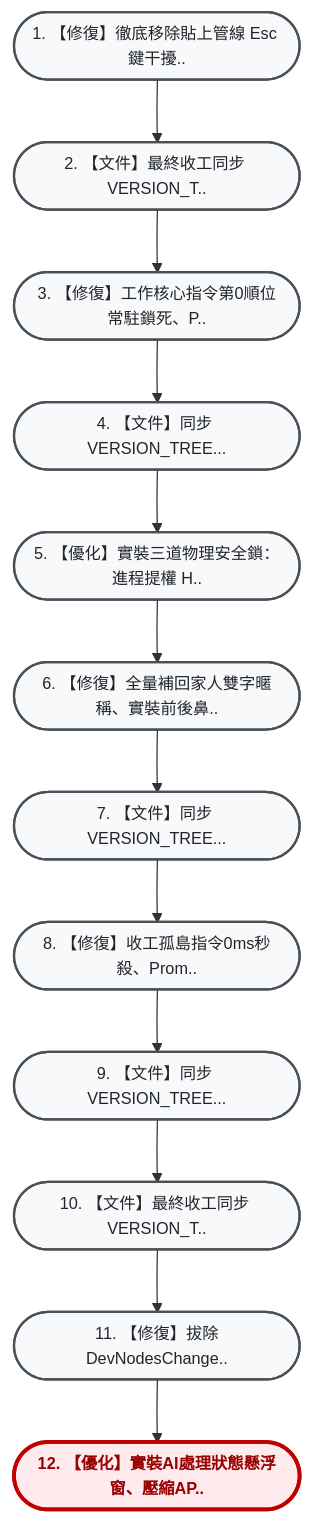
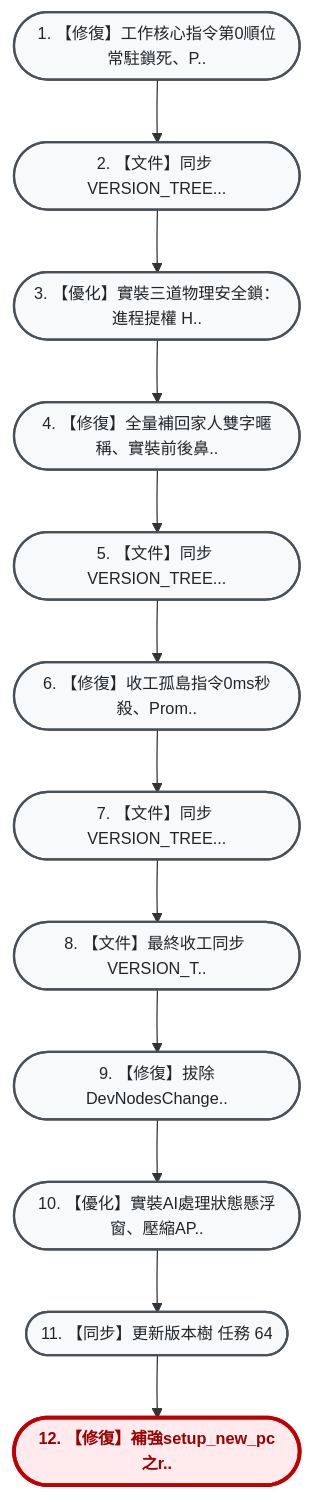
One commit to hjen8/NoType-Scribe changed the diagram in VERSION_TREE.md. Above: the diagram before and after it, drawn with Mermaid. The commit also changed other lines of this file, not shown here.

Commit message:
【文件】最終收工同步 VERSION_TREE (Task 63, 64)

````diff
--- a/VERSION_TREE.md
+++ b/VERSION_TREE.md
@@ -13,32 +13,32 @@
 ```mermaid
 flowchart TD
     %% 雙壁版本樹專用視覺化配色風格 (由上而下 TD 垂直大字純中文版)
     classDef default fill:#f8f9fa,stroke:#495057,stroke-width:1.8px,color:#212529,font-size:13px;
     classDef current fill:#ffebee,stroke:#c00000,stroke-width:3px,color:#900,font-weight:bold,font-size:13px;
     classDef mergeNode fill:#e3f2fd,stroke:#1565c0,stroke-width:2px,color:#0d47a1,font-size:13px;
     classDef detour fill:#fff3e0,stroke:#e65100,stroke-width:2px,color:#b78103,font-size:13px;
     classDef transplant fill:#f3e5f5,stroke:#4a148c,stroke-width:2.5px,color:#4a148c,font-weight:bold,font-size:13px;
-    n_3fd94e8(["1. 【修復】徹底移除貼上管線 Esc 鍵干擾.."]):::default
-    n_796160e(["2. 【文件】最終收工同步 VERSION_T.."]):::default
-    n_01556eb(["3. 【修復】工作核心指令第0順位常駐鎖死、P.."]):::default
-    n_de0f9ca(["4. 【文件】同步 VERSION_TREE..."]):::default
-    n_0998c9e(["5. 【優化】實裝三道物理安全鎖：進程提權 H.."]):::default
-    n_c88210e(["6. 【修復】全量補回家人雙字暱稱、實裝前後鼻.."]):::default
-    n_534b345(["7. 【文件】同步 VERSION_TREE..."]):::default
-    n_c39c580(["8. 【修復】收工孤島指令0ms秒殺、Prom.."]):::default
-    n_a018c1d(["9. 【文件】同步 VERSION_TREE..."]):::default
-    n_cc1d9fb(["10. 【文件】最終收工同步 VERSION_T.."]):::default
-    n_c832e4a(["11. 【修復】拔除DevNodesChange.."]):::default
-    n_f79b0ab(["12. 【優化】實裝AI處理狀態懸浮窗、壓縮AP.."]):::current
-    n_3fd94e8 --> n_796160e
-    n_796160e --> n_01556eb
+    n_01556eb(["1. 【修復】工作核心指令第0順位常駐鎖死、P.."]):::default
+    n_de0f9ca(["2. 【文件】同步 VERSION_TREE..."]):::default
+    n_0998c9e(["3. 【優化】實裝三道物理安全鎖：進程提權 H.."]):::default
+    n_c88210e(["4. 【修復】全量補回家人雙字暱稱、實裝前後鼻.."]):::default
+    n_534b345(["5. 【文件】同步 VERSION_TREE..."]):::default
+    n_c39c580(["6. 【修復】收工孤島指令0ms秒殺、Prom.."]):::default
+    n_a018c1d(["7. 【文件】同步 VERSION_TREE..."]):::default
+    n_cc1d9fb(["8. 【文件】最終收工同步 VERSION_T.."]):::default
+    n_c832e4a(["9. 【修復】拔除DevNodesChange.."]):::default
+    n_f79b0ab(["10. 【優化】實裝AI處理狀態懸浮窗、壓縮AP.."]):::default
+    n_8efb4a5(["11. 【同步】更新版本樹 任務 64"]):::default
+    n_b742715(["12. 【修復】補強setup_new_pc之r.."]):::current
     n_01556eb --> n_de0f9ca
     n_de0f9ca --> n_0998c9e
     n_0998c9e --> n_c88210e
     n_c88210e --> n_534b345
     n_534b345 --> n_c39c580
     n_c39c580 --> n_a018c1d
     n_a018c1d --> n_cc1d9fb
     n_cc1d9fb --> n_c832e4a
     n_c832e4a --> n_f79b0ab
+    n_f79b0ab --> n_8efb4a5
+    n_8efb4a5 --> n_b742715
 ```
````
